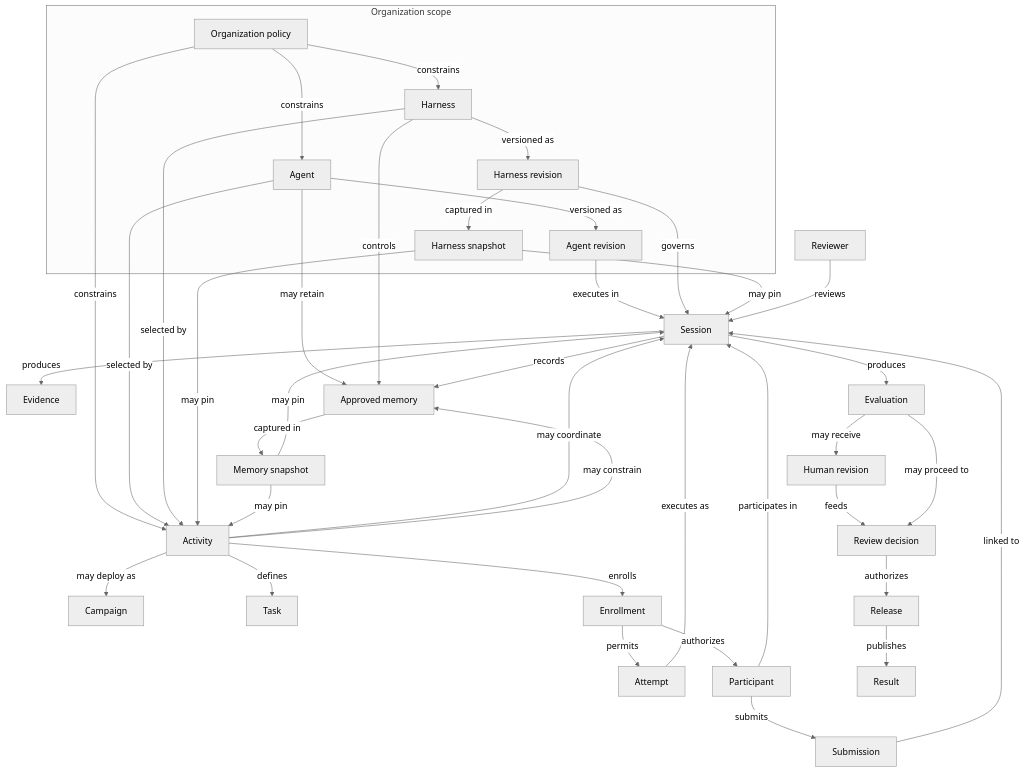
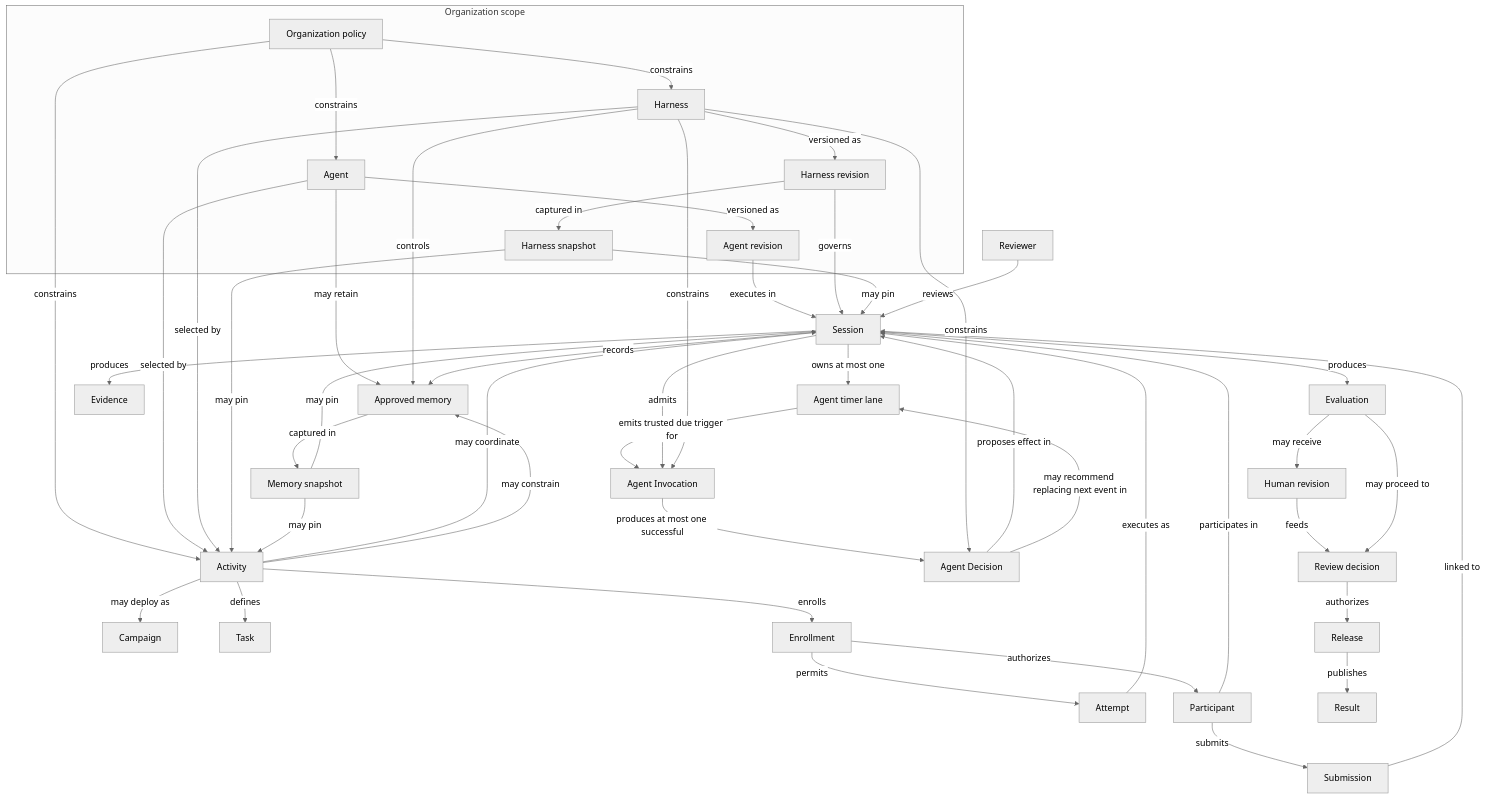
The diagram in docs/product/concept-model.md (trannamtrung1st/flex-agent), drawn with Mermaid (neutral theme) before and after one commit. The commit also changed other lines of this file and 19 other files, not shown here.

Commit message:
Approve structured agent invocation and timer replacement contracts.

````diff
--- a/docs/product/concept-model.md
+++ b/docs/product/concept-model.md
@@ -330,67 +421,78 @@
 ```mermaid
 flowchart TB
   subgraph orgScope [Organization scope]
     OrgPolicy[Organization policy]
     Agent[Agent]
     AgentRevision[Agent revision]
     Harness[Harness]
     HarnessRevision[Harness revision]
     HarnessSnapshot[Harness snapshot]
   end
 
   Activity[Activity]
   Campaign[Campaign]
   Task[Task]
   Enrollment[Enrollment]
   Attempt[Attempt]
   Session[Session]
+  TimerLane[Agent timer lane]
+  Invocation[Agent Invocation]
+  Decision[Agent Decision]
   Submission[Submission]
   Participant[Participant]
   Reviewer[Reviewer]
   Evidence[Evidence]
   Evaluation[Evaluation]
   HumanRevision[Human revision]
   ReviewDecision[Review decision]
   Result[Result]
   Release[Release]
   ApprovedMemory[Approved memory]
   MemorySnapshot[Memory snapshot]
 
   OrgPolicy -->|"constrains"| Agent
   OrgPolicy -->|"constrains"| Harness
   OrgPolicy -->|"constrains"| Activity
   Agent -->|"versioned as"| AgentRevision
   Harness -->|"versioned as"| HarnessRevision
   HarnessRevision -->|"captured in"| HarnessSnapshot
   Agent -->|"selected by"| Activity
   Harness -->|"selected by"| Activity
   HarnessSnapshot -->|"may pin"| Activity
   MemorySnapshot -->|"may pin"| Activity
   Activity -->|"may deploy as"| Campaign
   Activity -->|"defines"| Task
   Activity -->|"enrolls"| Enrollment
   Enrollment -->|"authorizes"| Participant
   Enrollment -->|"permits"| Attempt
   Attempt -->|"executes as"| Session
+  Session -->|"owns at most one"| TimerLane
+  TimerLane -->|"emits trusted due trigger for"| Invocation
+  Session -->|"admits"| Invocation
+  Invocation -->|"produces at most one successful"| Decision
+  Harness -->|"constrains"| Invocation
+  Harness -->|"constrains"| Decision
+  Decision -->|"proposes effect in"| Session
+  Decision -->|"may recommend replacing next event in"| TimerLane
   Activity -->|"may coordinate"| Session
   AgentRevision -->|"executes in"| Session
   HarnessRevision -->|"governs"| Session
   HarnessSnapshot -->|"may pin"| Session
   MemorySnapshot -->|"may pin"| Session
   Participant -->|"participates in"| Session
   Participant -->|"submits"| Submission
   Submission -->|"linked to"| Session
   Reviewer -->|"reviews"| Session
   Session -->|"produces"| Evidence
   Session -->|"produces"| Evaluation
   Evaluation -->|"may receive"| HumanRevision
   HumanRevision -->|"feeds"| ReviewDecision
   Evaluation -->|"may proceed to"| ReviewDecision
   ReviewDecision -->|"authorizes"| Release
   Release -->|"publishes"| Result
   ApprovedMemory -->|"captured in"| MemorySnapshot
   Agent -->|"may retain"| ApprovedMemory
   Harness -->|"controls"| ApprovedMemory
   Activity -->|"may constrain"| ApprovedMemory
   Session -->|"records"| ApprovedMemory
 ```
````
